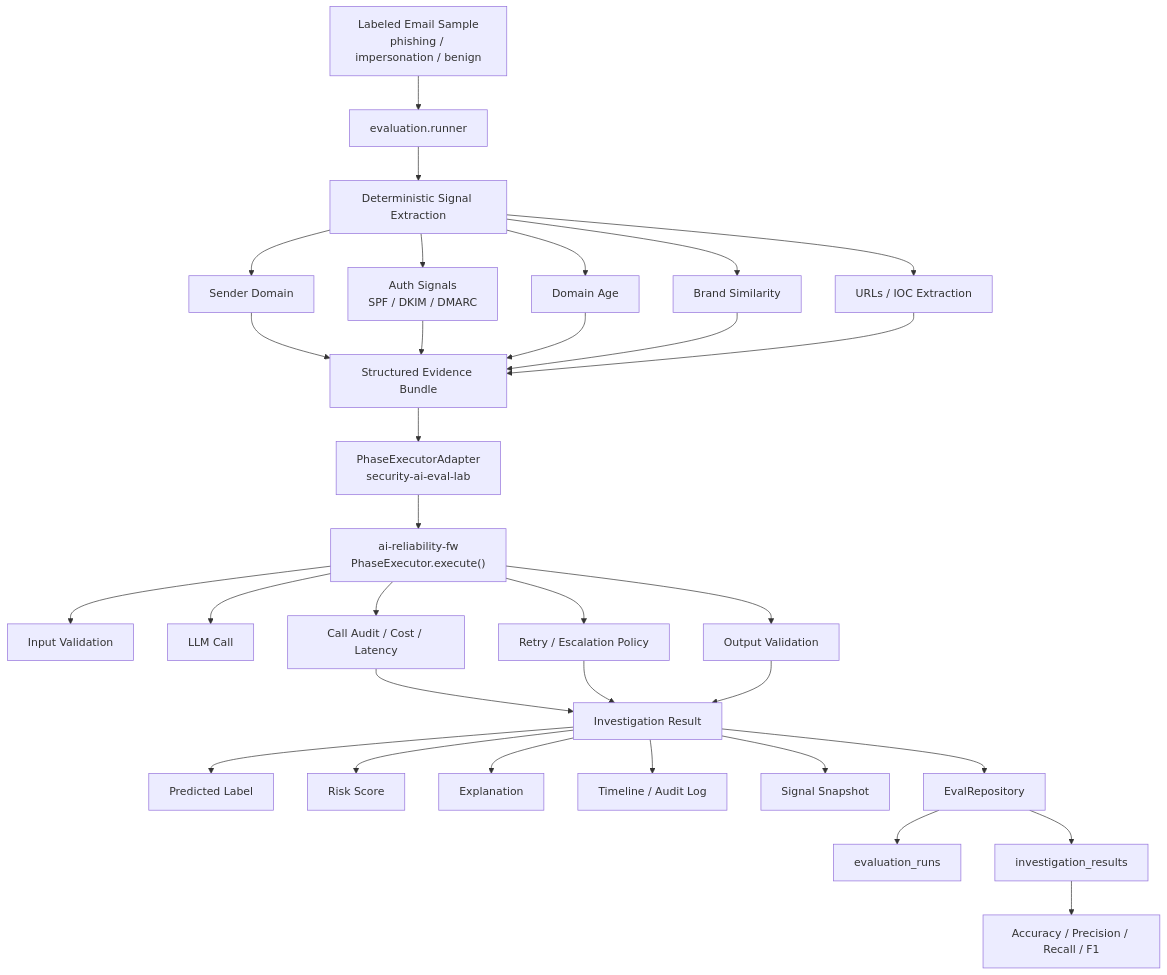
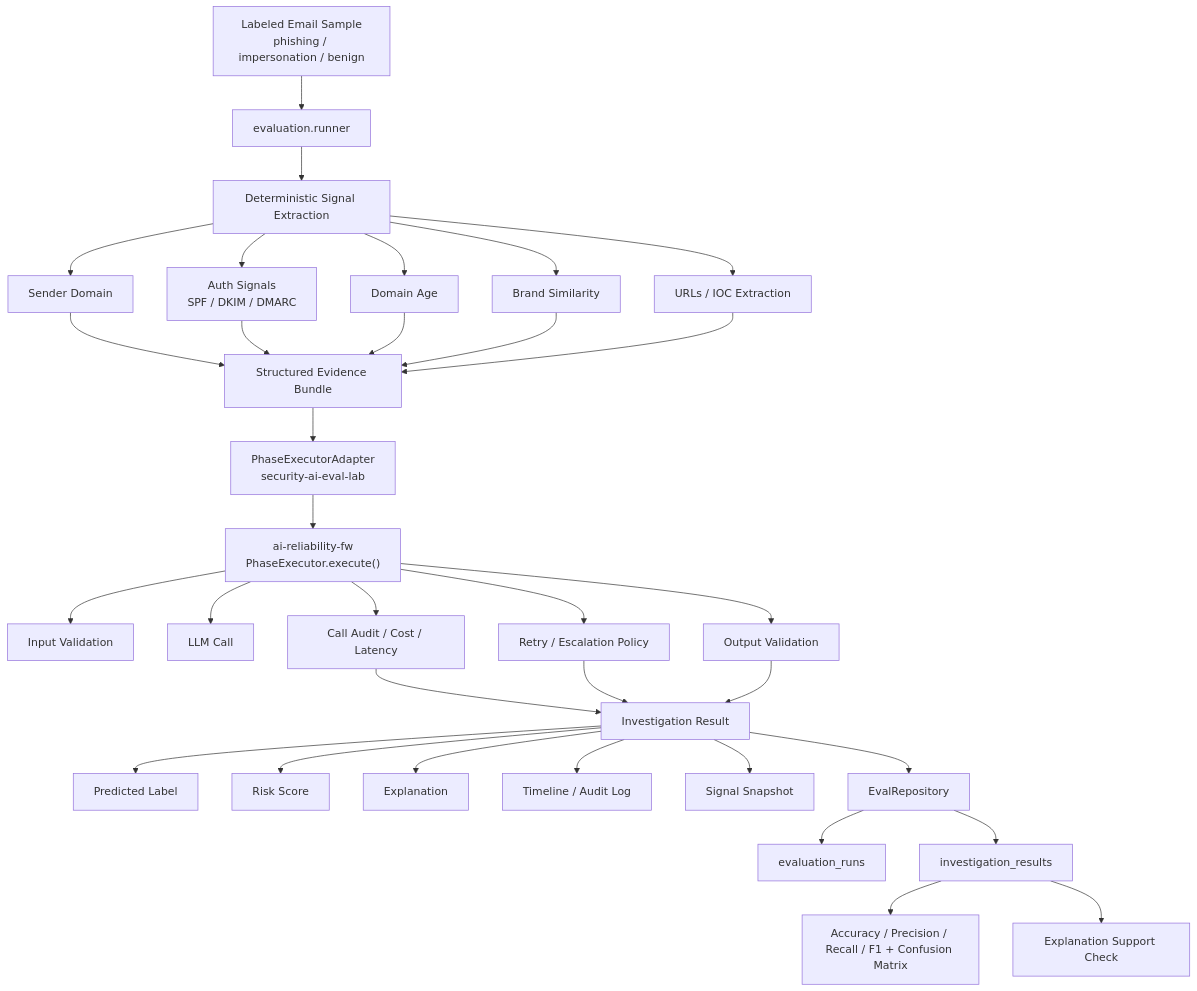
Before and after one commit to ngallodev-software/security-ai-eval-lab: the diagram in README.md, drawn with Mermaid. The commit also changed other lines of this file and 33 other files, not shown here.

````diff
--- a/README.md
+++ b/README.md
@@ -35,41 +37,42 @@
 ```mermaid
 flowchart TD
     A["Labeled Email Sample\nphishing / impersonation / benign"] --> B[evaluation.runner]
 
     B --> C[Deterministic Signal Extraction]
     C --> C1[Sender Domain]
     C --> C2["Auth Signals\nSPF / DKIM / DMARC"]
     C --> C3[Domain Age]
     C --> C4[Brand Similarity]
     C --> C5["URLs / IOC Extraction"]
 
     C1 --> D[Structured Evidence Bundle]
     C2 --> D
     C3 --> D
     C4 --> D
     C5 --> D
 
     D --> E["PhaseExecutorAdapter\nsecurity-ai-eval-lab"]
     E --> F["ai-reliability-fw\nPhaseExecutor.execute()"]
     F --> F1[Input Validation]
     F --> F2[LLM Call]
     F --> F3[Output Validation]
     F --> F4[Retry / Escalation Policy]
     F --> F5[Call Audit / Cost / Latency]
 
     F5 --> G[Investigation Result]
     F4 --> G
     F3 --> G
 
     G --> G1[Predicted Label]
     G --> G2[Risk Score]
     G --> G3[Explanation]
     G --> G4[Timeline / Audit Log]
     G --> G5[Signal Snapshot]
 
     G --> H[EvalRepository]
     H --> H1[evaluation_runs]
     H --> H2[investigation_results]
 
-    H2 --> I[Accuracy / Precision / Recall / F1]
+    H2 --> I[Accuracy / Precision / Recall / F1 + Confusion Matrix]
+    H2 --> J[Explanation Support Check]
 ```
````
